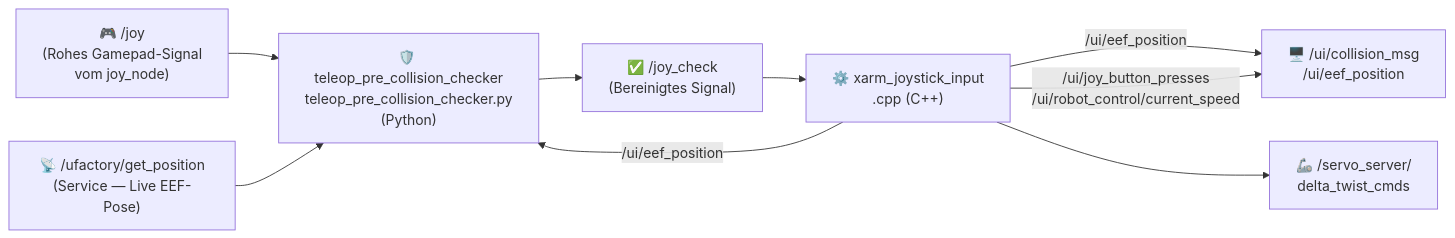
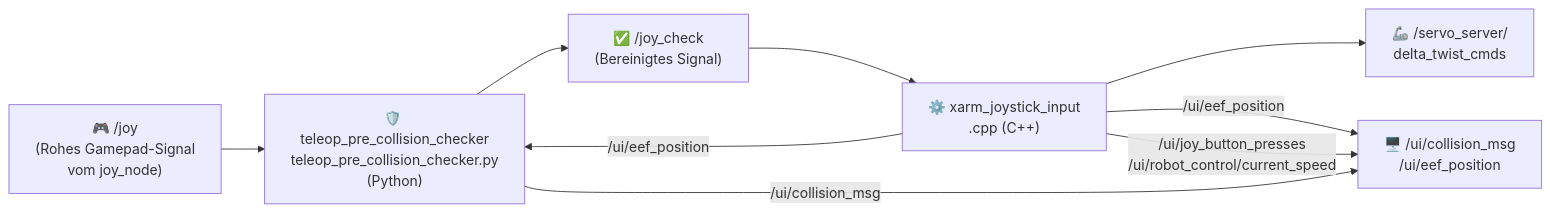
The third of 4 diagrams in readme-de.md (lu4k87/my_xarm_lite6-extended), drawn with Mermaid before and after one commit. The commit also changed other lines of this file and 1 other file, not shown here.

````diff
--- a/readme-de.md
+++ b/readme-de.md
@@ -1432,19 +1677,18 @@
 ```mermaid
 flowchart LR
- JOY["🎮 /joy\n(Rohes Gamepad-Signal\nvom joy_node)"]
- CHECKER["🛡️ teleop_pre_collision_checker\nteleop_pre_collision_checker.py\n(Python)"]
- JOY_CHECK["✅ /joy_check\n(Bereinigtes Signal)"]
- CPP["⚙️ xarm_joystick_input\n.cpp (C++)"]
- SERVO["🦾 /servo_server/\ndelta_twist_cmds"]
- POS["📡 /ufactory/get_position\n(Service — Live EEF-Pose)"]
- UI["🖥️ /ui/collision_msg\n/ui/eef_position"]
+    JOY["🎮 /joy\n(Rohes Gamepad-Signal\nvom joy_node)"]
+    CHECKER["🛡️ teleop_pre_collision_checker\nteleop_pre_collision_checker.py\n(Python)"]
+    JOY_CHECK["✅ /joy_check\n(Bereinigtes Signal)"]
+    CPP["⚙️ xarm_joystick_input\n.cpp (C++)"]
+    SERVO["🦾 /servo_server/\ndelta_twist_cmds"]
+    UI["🖥️ /ui/collision_msg\n/ui/eef_position"]
 
- JOY --> CHECKER
- POS --> CHECKER
- CHECKER --> JOY_CHECK
- CPP --> |"/ui/eef_position"| CHECKER
- CPP --> |"/ui/eef_position"| UI
- JOY_CHECK --> CPP
- CPP --> SERVO
- CPP --> |"/ui/joy_button_presses\n/ui/robot_control/current_speed"| UI
+    JOY --> CHECKER
+    CHECKER --> JOY_CHECK
+    JOY_CHECK --> CPP
+    CPP --> SERVO
+    CPP --> |"/ui/eef_position"| CHECKER
+    CPP --> |"/ui/eef_position"| UI
+    CPP --> |"/ui/joy_button_presses\n/ui/robot_control/current_speed"| UI
+    CHECKER --> |"/ui/collision_msg"| UI
 ```
````
